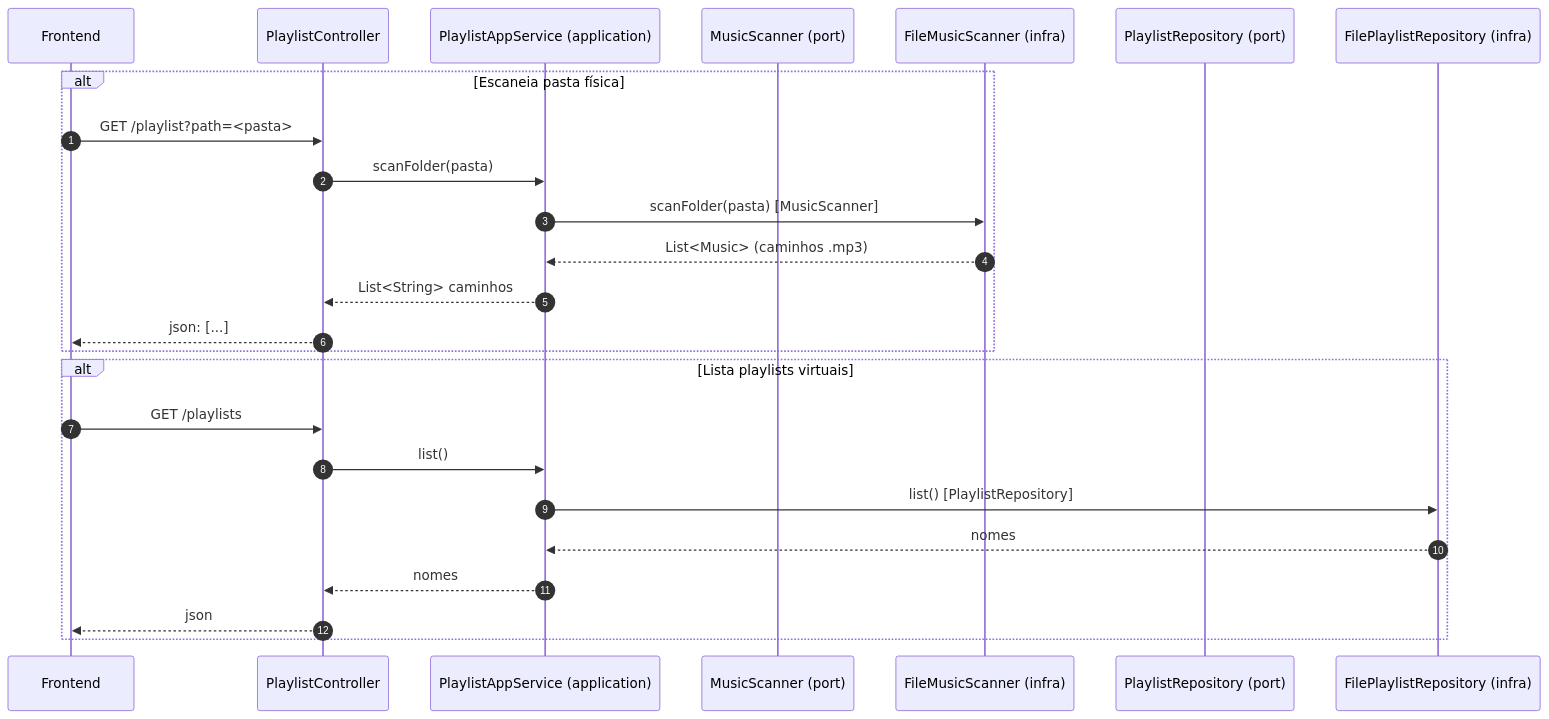
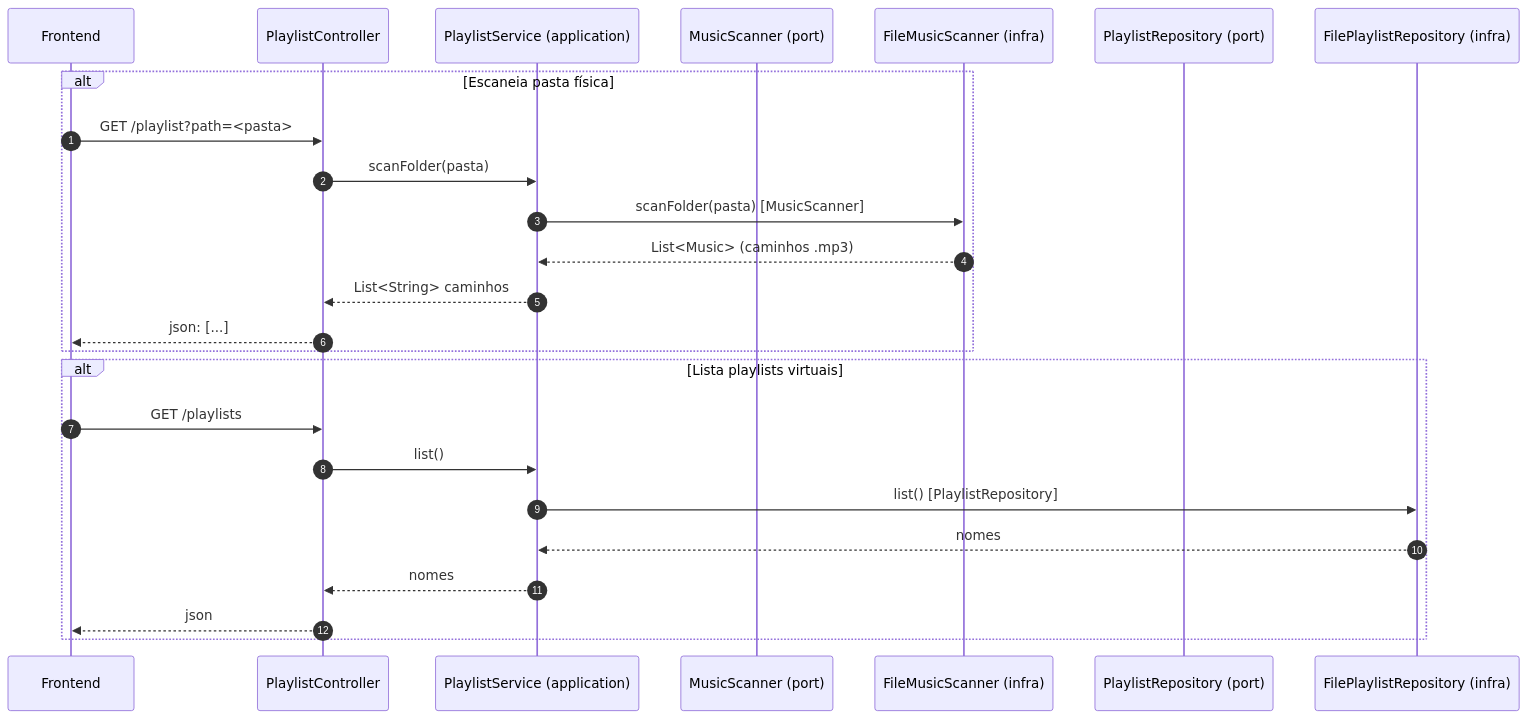
Before and after one commit to jpontesmartins/mp3-player: the fourth of 9 diagrams in docs/architecture.md, drawn with Mermaid. The commit also changed other lines of this file and 25 other files, not shown here.

Commit message:
atualização javadocs, readmes, architecture.md

````diff
--- a/docs/architecture.md
+++ b/docs/architecture.md
@@ -146,29 +160,29 @@
 ```mermaid
 sequenceDiagram
     autonumber
     participant FE as Frontend
     participant C as PlaylistController
-    participant S as PlaylistAppService (application)
+    participant S as PlaylistService (application)
     participant Scanner as MusicScanner (port)
     participant FS as FileMusicScanner (infra)
     participant R as PlaylistRepository (port)
     participant FR as FilePlaylistRepository (infra)
 
     alt Escaneia pasta física
         FE->>C: GET /playlist?path=<pasta>
         C->>S: scanFolder(pasta)
         S->>FS: scanFolder(pasta)  [MusicScanner]
         FS-->>S: List<Music> (caminhos .mp3)
         S-->>C: List<String> caminhos
         C-->>FE: json: [...]
     end
 
     alt Lista playlists virtuais
         FE->>C: GET /playlists
         C->>S: list()
         S->>FR: list()  [PlaylistRepository]
         FR-->>S: nomes
         S-->>C: nomes
         C-->>FE: json
     end
 ```
````
